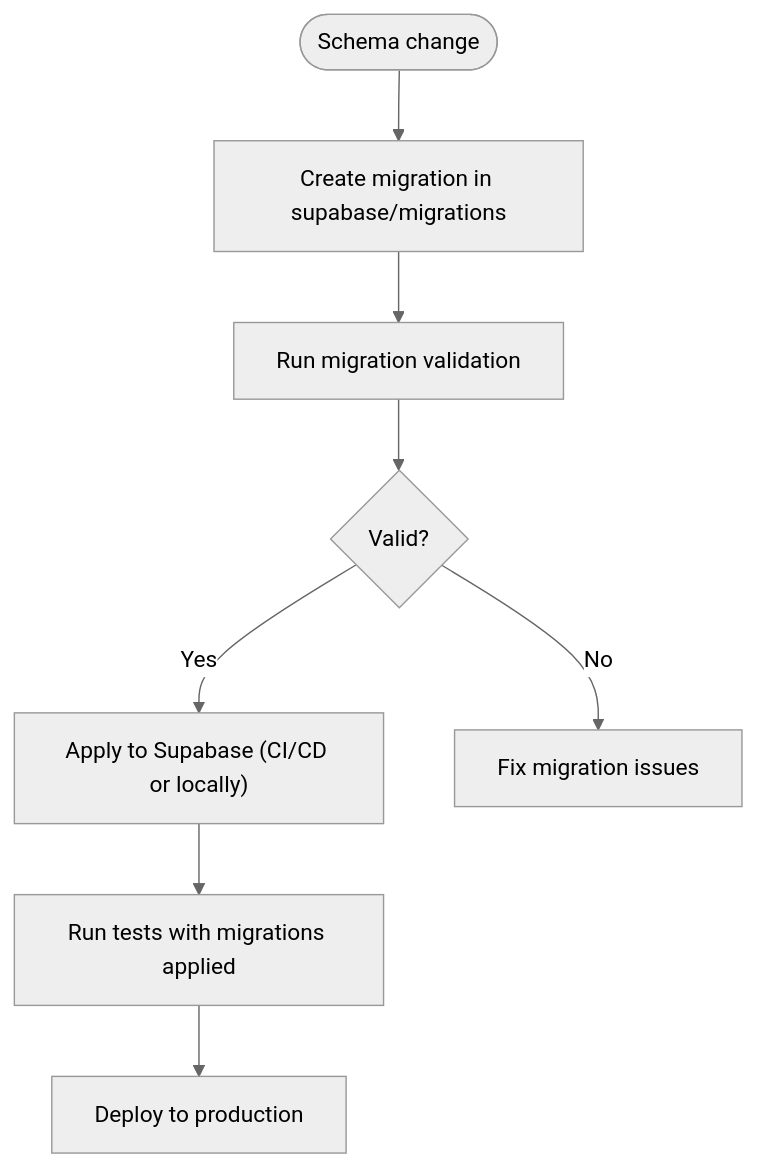
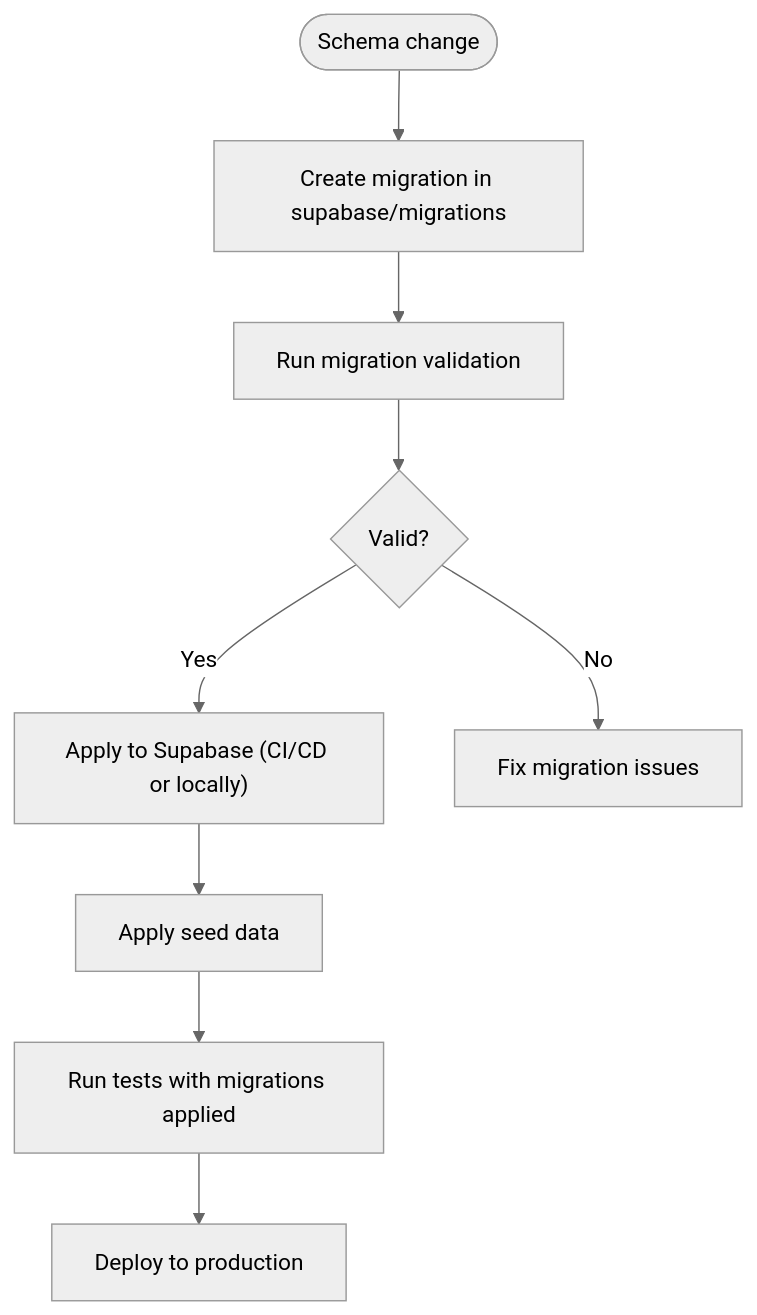
The eighth of 9 diagrams in .qoder/repowiki/en/content/Deployment and DevOps.md (gastaldellomarco/pcReady), drawn with Mermaid (neutral theme) before and after one commit. The commit also changed other lines of this file and 16 other files, not shown here.

````diff
--- a/.qoder/repowiki/en/content/Deployment and DevOps.md
+++ b/.qoder/repowiki/en/content/Deployment and DevOps.md
@@ -269,10 +285,11 @@
 ```mermaid
 flowchart TD
 SStart(["Schema change"]) --> Plan["Create migration in supabase/migrations"]
 Plan --> Validate["Run migration validation"]
 Validate --> Valid{"Valid?"}
 Valid --> |Yes| Apply["Apply to Supabase (CI/CD or locally)"]
 Valid --> |No| Fix["Fix migration issues"]
-Apply --> Test["Run tests with migrations applied"]
+Apply --> Seed["Apply seed data"]
+Seed --> Test["Run tests with migrations applied"]
 Test --> Deploy["Deploy to production"]
 ```
````
